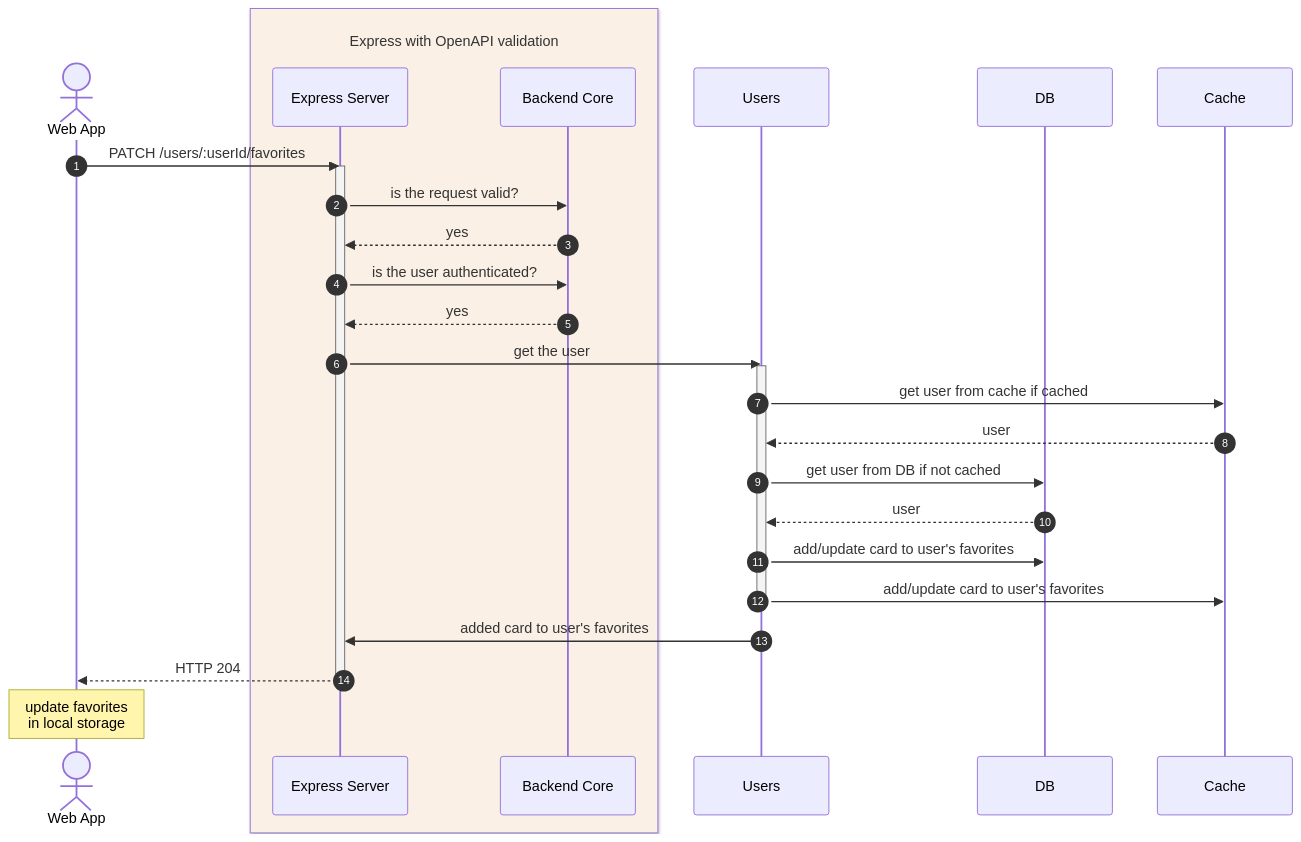
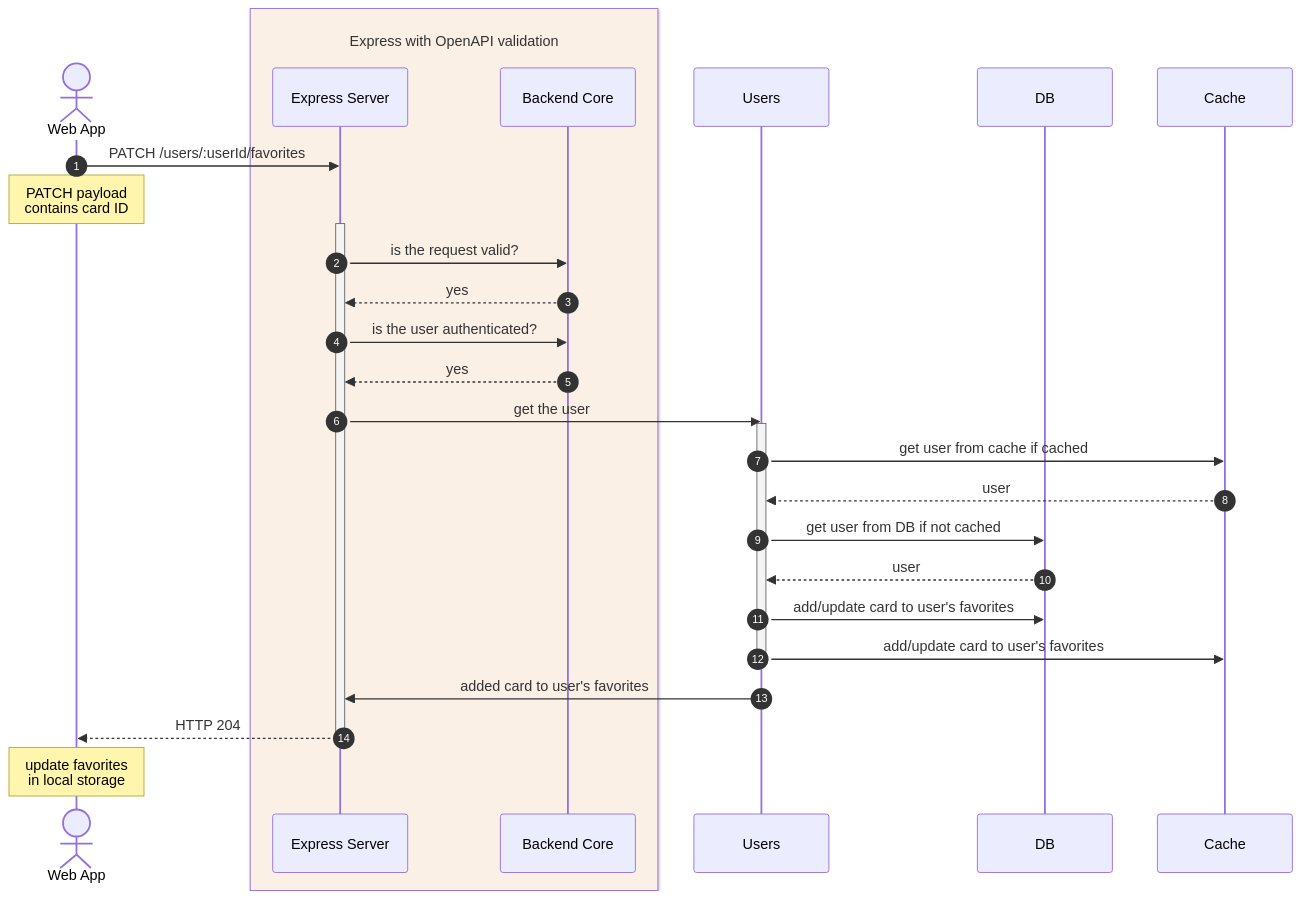
The third of 3 diagrams in README.md (mvpchops/trading-cards), drawn with Mermaid before and after one commit. The commit also changed 2 other files, not shown here.

Commit message:
add home screen footer collage to vanila client

````diff
--- a/README.md
+++ b/README.md
@@ -142,32 +142,33 @@
 ```mermaid
 sequenceDiagram
     autonumber
     actor WepApp as Web App
     box linen <br> Express with OpenAPI validation <br>
         participant Server as Express Server
         participant BackendCore as Backend Core
     end
     participant Users
     participant PostgreSQL as DB
     participant Redis as Cache
     
     WepApp->>Server: PATCH /users/:userId/favorites
+    Note over WepApp: PATCH payload <br /> contains card ID
     activate Server
         Server->>BackendCore: is the request valid?
         BackendCore-->>Server: yes #128A0C
         Server->>BackendCore: is the user authenticated?
         BackendCore-->>Server: yes #128A0C
         Server->>Users: get the user
         activate Users
             Users->>Redis: get user from cache if cached
             Redis-->>Users: user
             Users->>PostgreSQL: get user from DB if not cached
             PostgreSQL-->>Users: user
             Users->>PostgreSQL: add/update card to user's favorites
             Users->>Redis: add/update card to user's favorites
         deactivate Users
         Users->>Server: added card to user's favorites
         Server-->>WepApp: HTTP 204
     deactivate Server
     Note over WepApp: update favorites <br /> in local storage
 ```  
````
